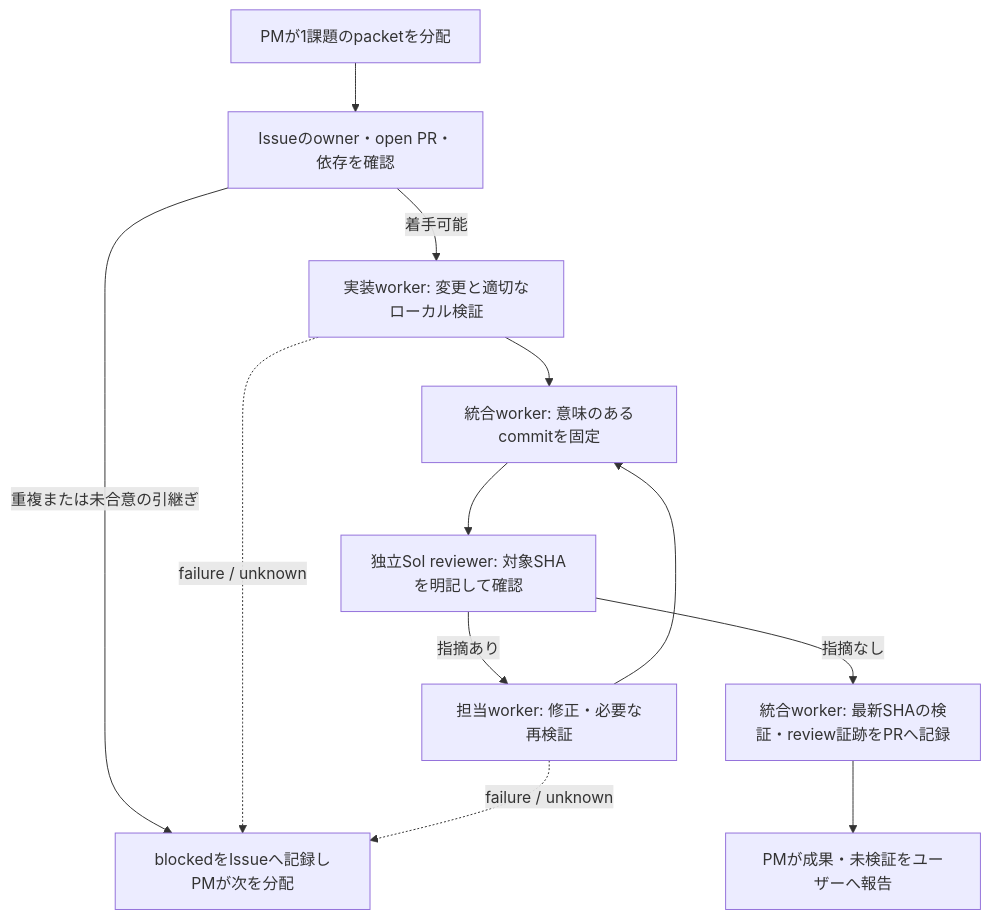
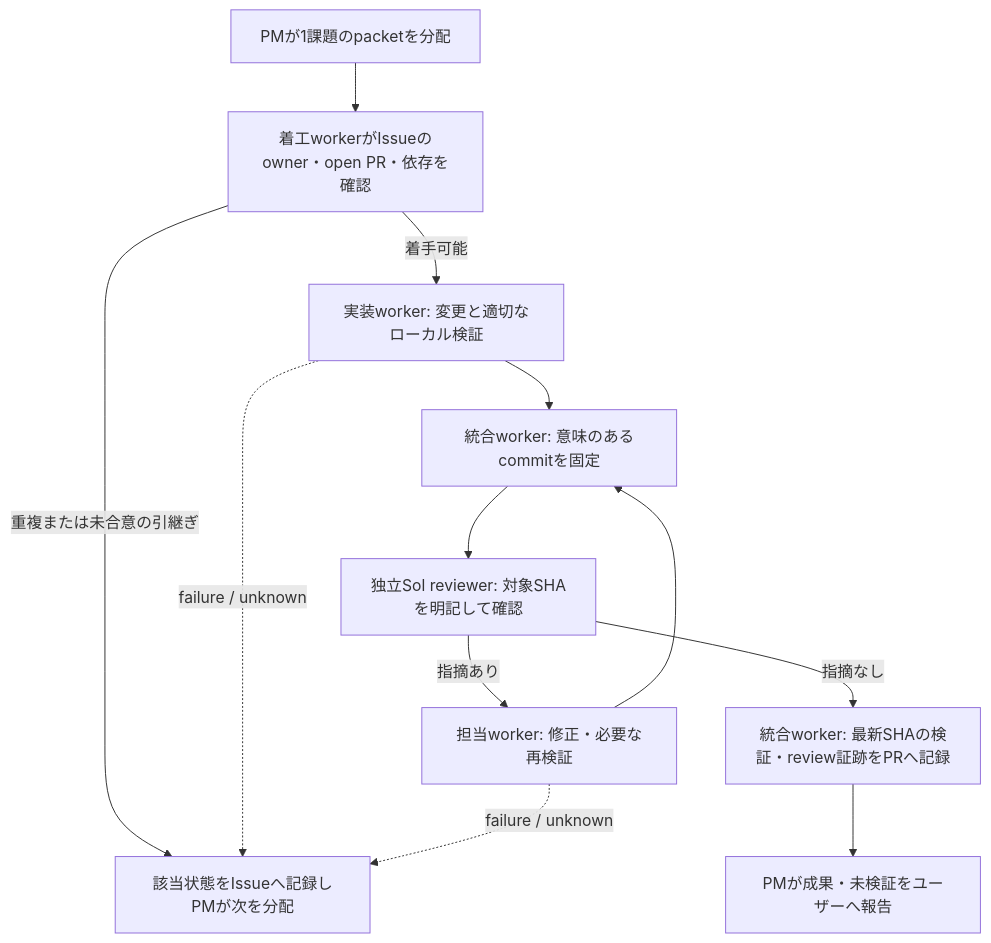
The diagram in docs/runbooks/single-task-loop.md (yomote/agent-world), drawn with Mermaid before and after one commit. The commit also changed other lines of this file and 2 other files, not shown here.

Commit message:
docs: align task delivery review flow (#6)

````diff
--- a/docs/runbooks/single-task-loop.md
+++ b/docs/runbooks/single-task-loop.md
@@ -5,14 +5,14 @@
 ```mermaid
 flowchart TD
-  Start[PMが1課題のpacketを分配] --> Check[Issueのowner・open PR・依存を確認]
-  Check -->|重複または未合意の引継ぎ| Stop[blockedをIssueへ記録しPMが次を分配]
+  Start[PMが1課題のpacketを分配] --> Check[着工workerがIssueのowner・open PR・依存を確認]
+  Check -->|重複または未合意の引継ぎ| Record[該当状態をIssueへ記録しPMが次を分配]
   Check -->|着手可能| Implement[実装worker: 変更と適切なローカル検証]
   Implement --> Commit[統合worker: 意味のあるcommitを固定]
   Commit --> Review[独立Sol reviewer: 対象SHAを明記して確認]
   Review -->|指摘あり| Fix[担当worker: 修正・必要な再検証]
   Fix --> Commit
   Review -->|指摘なし| Evidence[統合worker: 最新SHAの検証・review証跡をPRへ記録]
   Evidence --> Handoff[PMが成果・未検証をユーザーへ報告]
-  Implement -. failure / unknown .-> Stop
-  Fix -. failure / unknown .-> Stop
+  Implement -. failure / unknown .-> Record
+  Fix -. failure / unknown .-> Record
 ```
````
